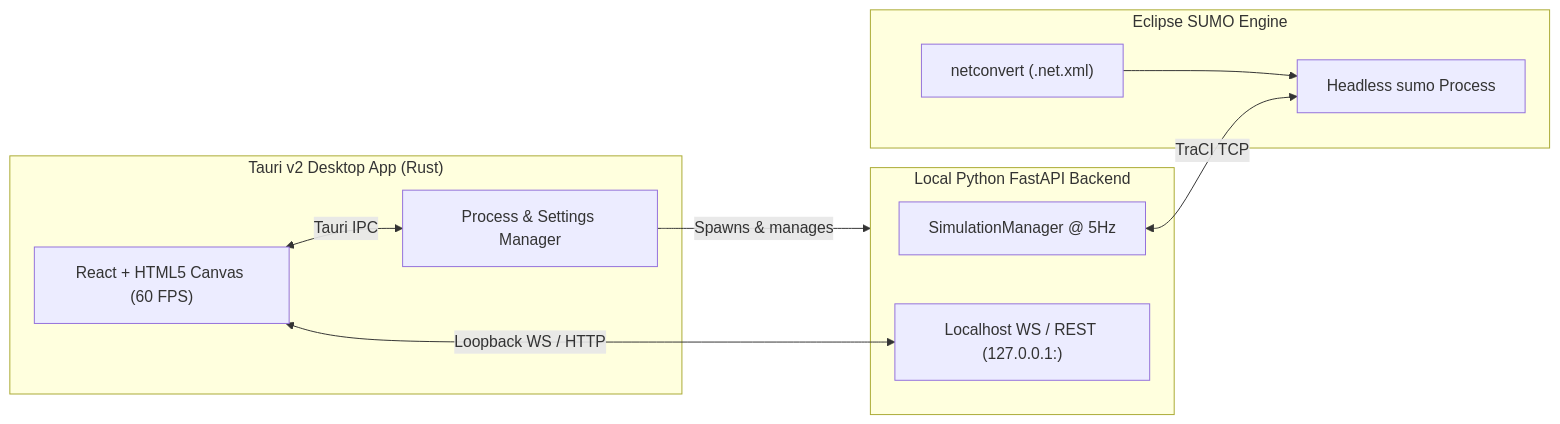
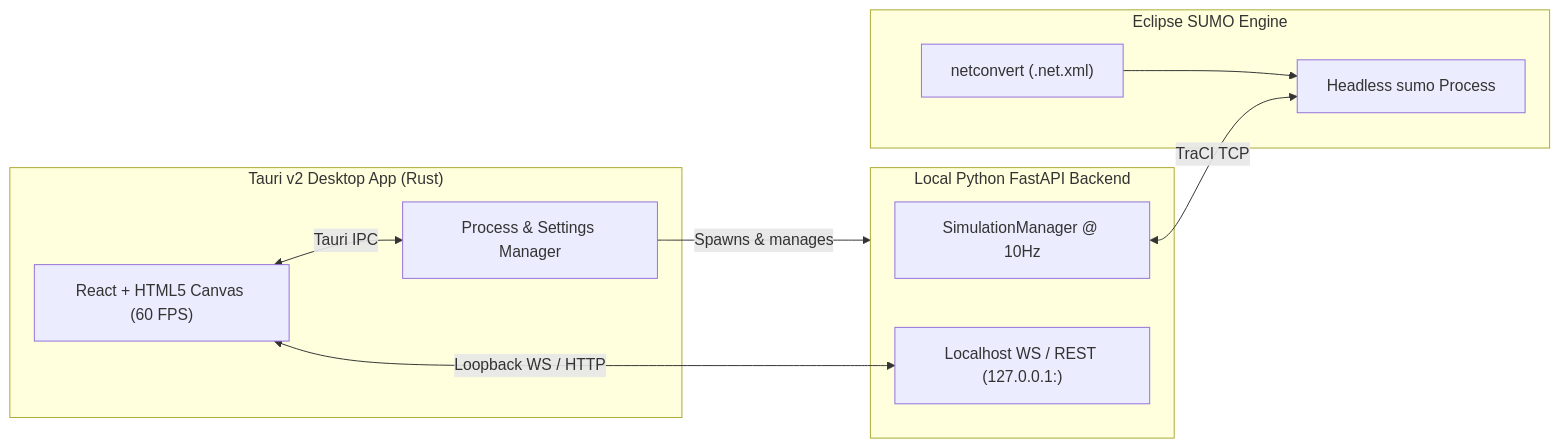
One commit to vkivaturi/traffis changed the diagram in README.md. Above: the diagram before and after it, drawn with Mermaid. The commit also changed other lines of this file and 16 other files, not shown here.

````diff
--- a/README.md
+++ b/README.md
@@ -17,21 +17,21 @@
 ```mermaid
 graph LR
     subgraph Tauri["Tauri v2 Desktop App (Rust)"]
         SHELL["Process & Settings Manager"]
         UI["React + HTML5 Canvas (60 FPS)"]
     end
 
     subgraph Backend["Local Python FastAPI Backend"]
-        SM["SimulationManager @ 5Hz"]
+        SM["SimulationManager @ 10Hz"]
         WS["Localhost WS / REST (127.0.0.1:<port>)"]
     end
 
     subgraph SUMO["Eclipse SUMO Engine"]
         NET["netconvert (.net.xml)"] --> SB["Headless sumo Process"]
     end
 
     SHELL -->|Spawns & manages| Backend
     UI <-->|Tauri IPC| SHELL
     UI <-->|Loopback WS / HTTP| WS
     SM <-->|TraCI TCP| SB
 ```
````
